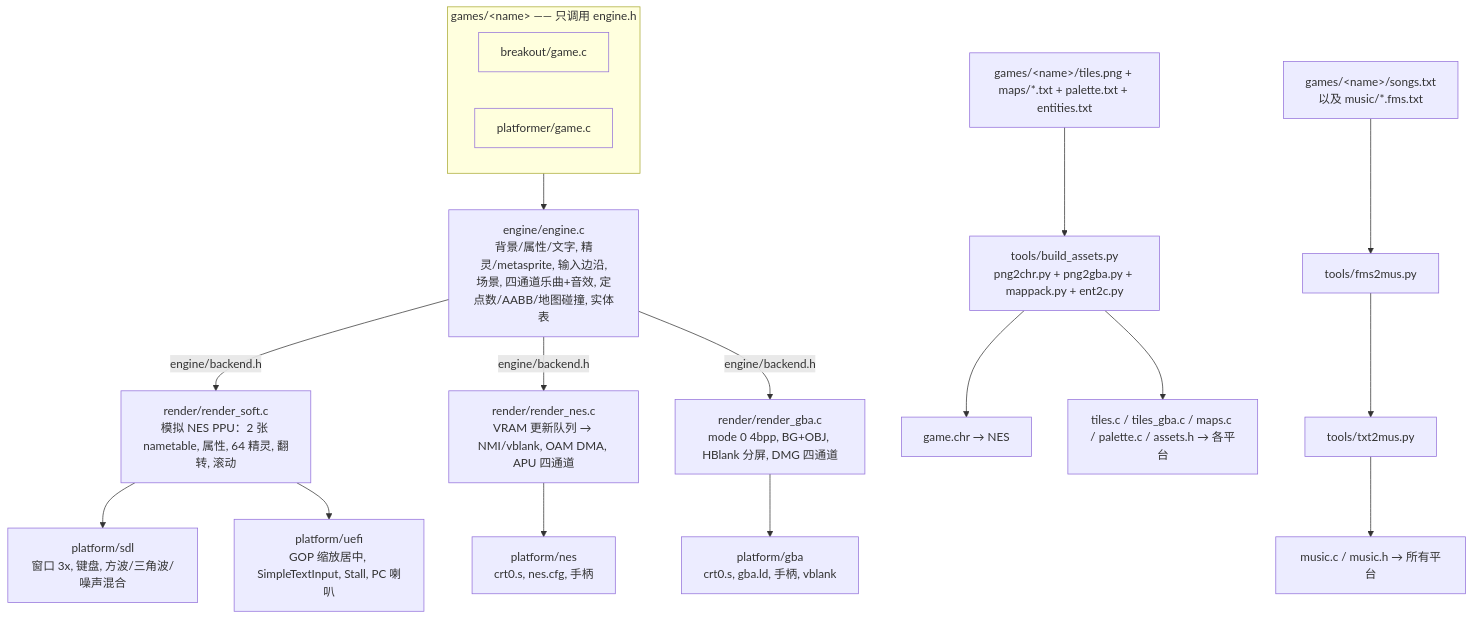
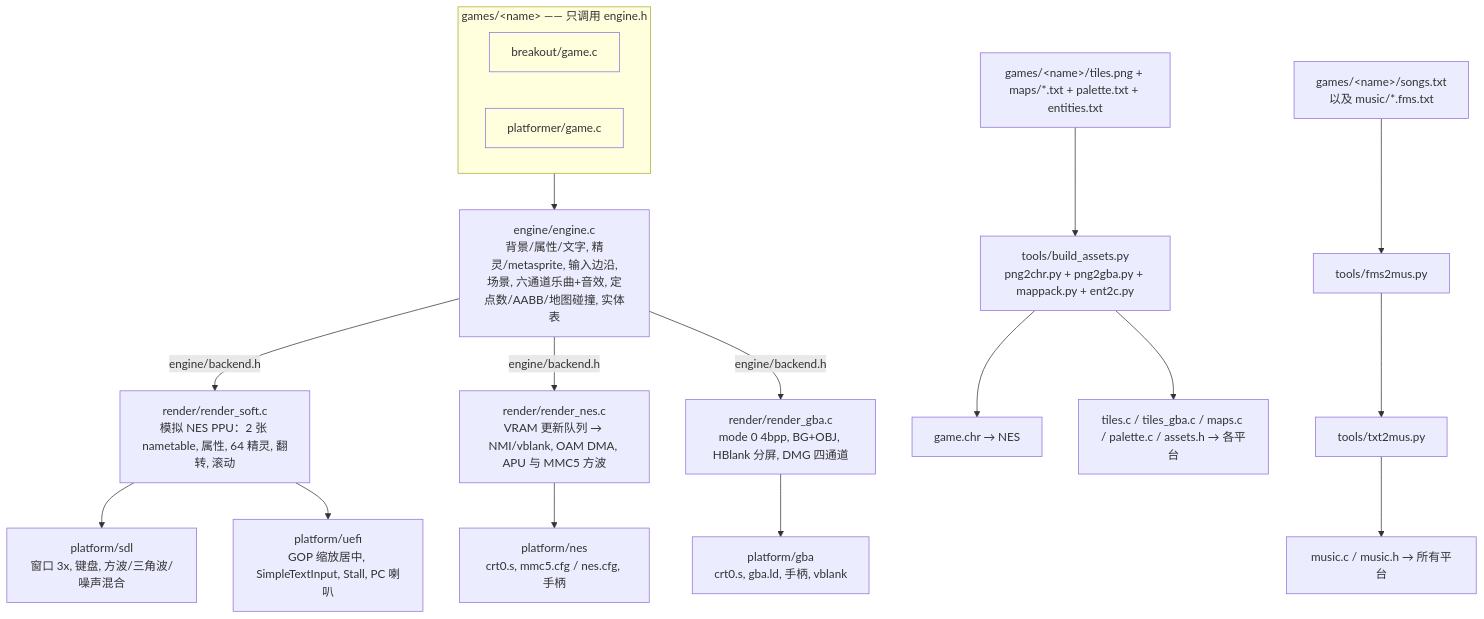
The diagram in README.md (brightHuang84/RetroEngine), drawn with Mermaid before and after one commit. The commit also changed other lines of this file and 39 other files, not shown here.

First line of the commit message:
Default the NES target to MMC5 and keep NROM as an option.

````diff
--- a/README.md
+++ b/README.md
@@ -8,22 +8,22 @@
 ```mermaid
 flowchart TD
   subgraph games[games/&lt;name&gt; —— 只调用 engine.h]
     BG[breakout/game.c]:::g
     PF[platformer/game.c]:::g
   end
-  games --> E[engine/engine.c<br>背景/属性/文字, 精灵/metasprite, 输入边沿,<br>场景, 四通道乐曲+音效, 定点数/AABB/地图碰撞, 实体表]
+  games --> E[engine/engine.c<br>背景/属性/文字, 精灵/metasprite, 输入边沿,<br>场景, 六通道乐曲+音效, 定点数/AABB/地图碰撞, 实体表]
   E -->|engine/backend.h| RS[render/render_soft.c<br>模拟 NES PPU：2 张 nametable, 属性, 64 精灵, 翻转, 滚动]
-  E -->|engine/backend.h| RN[render/render_nes.c<br>VRAM 更新队列 → NMI/vblank, OAM DMA, APU 四通道]
+  E -->|engine/backend.h| RN[render/render_nes.c<br>VRAM 更新队列 → NMI/vblank, OAM DMA, APU 与 MMC5 方波]
   E -->|engine/backend.h| RG[render/render_gba.c<br>mode 0 4bpp, BG+OBJ, HBlank 分屏, DMG 四通道]
   RS --> SDL[platform/sdl<br>窗口 3x, 键盘, 方波/三角波/噪声混合]
   RS --> UEFI[platform/uefi<br>GOP 缩放居中, SimpleTextInput, Stall, PC 喇叭]
-  RN --> NES[platform/nes<br>crt0.s, nes.cfg, 手柄]
+  RN --> NES[platform/nes<br>crt0.s, mmc5.cfg / nes.cfg, 手柄]
   RG --> GBA[platform/gba<br>crt0.s, gba.ld, 手柄, vblank]
   A[games/&lt;name&gt;/tiles.png + maps/*.txt + palette.txt + entities.txt] --> T[tools/build_assets.py<br>png2chr.py + png2gba.py + mappack.py + ent2c.py]
   T --> CHR[game.chr → NES]
   T --> CA[tiles.c / tiles_gba.c / maps.c / palette.c / assets.h → 各平台]
   S[games/&lt;name&gt;/songs.txt<br>以及 music/*.fms.txt] --> FM[tools/fms2mus.py]
   FM --> TM[tools/txt2mus.py]
   TM --> MU[music.c / music.h → 所有平台]
   classDef g fill:#ffd
 ```
````
